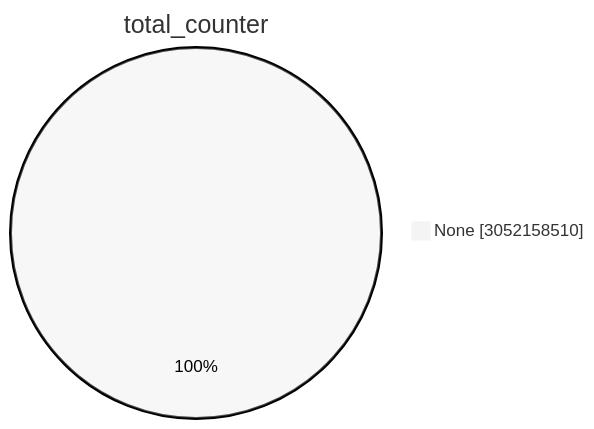
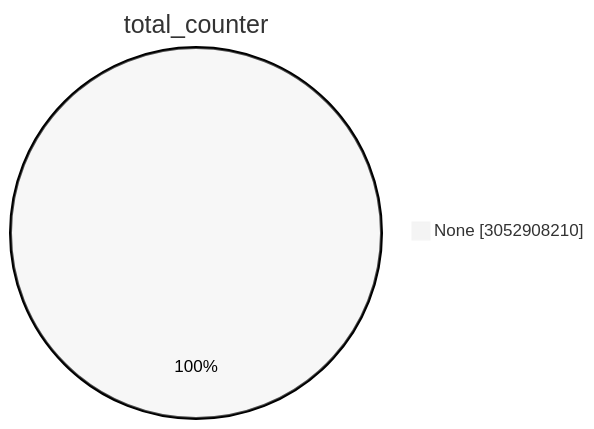
One commit to christiankrug/ctmonitor_visualization changed the first of 15 diagrams in TOTAL/README.md. Above: the diagram before and after it, drawn with Mermaid (neutral theme). The commit also changed other lines of this file, not shown here.

````diff
--- a/TOTAL/README.md
+++ b/TOTAL/README.md
@@ -1,5 +1,5 @@
 ```mermaid
 pie showData
 title total_counter
-"None" :3052158510
+"None" :3052908210
 ```
````
